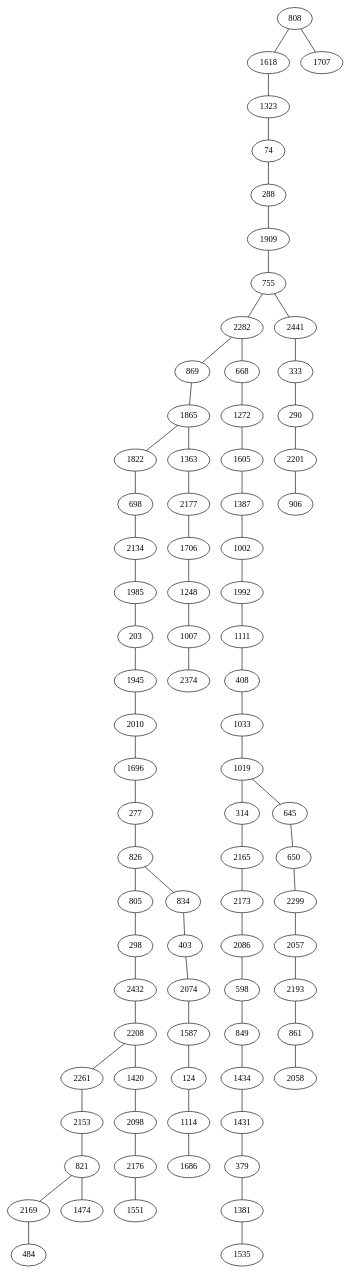
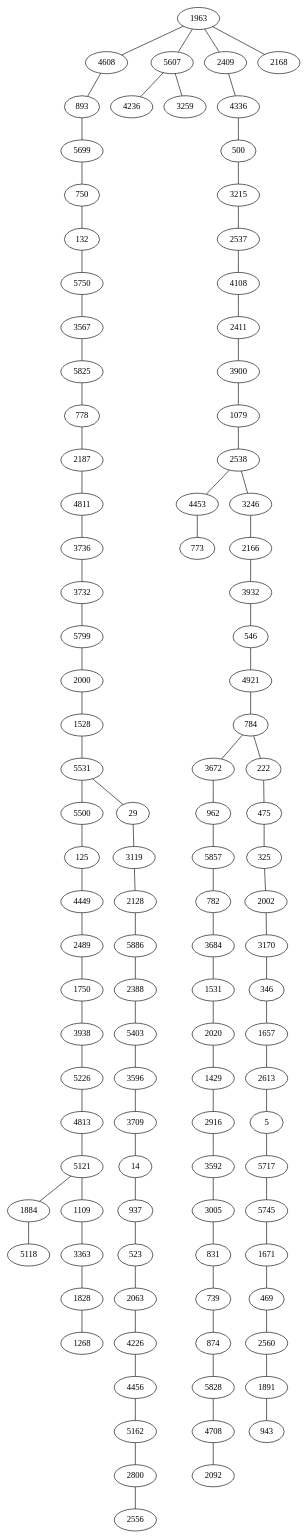
The diagram in ml_tree_extractor/tmp/Layer_1.dot (enggiqbal/mlgd), drawn with Graphviz before and after one commit. The commit also changed 19 other files, not shown here.

Commit message:
layer extracted for reduced topics graph

```diff
--- a/ml_tree_extractor/tmp/Layer_1.dot
+++ b/ml_tree_extractor/tmp/Layer_1.dot
@@ -1,82 +1,106 @@
 strict graph "" {
-	808 -- 1618;
-	808 -- 1707;
-	1618 -- 1323;
-	1323 -- 74;
-	74 -- 288;
-	288 -- 1909;
-	1909 -- 755;
-	755 -- 2282;
-	755 -- 2441;
-	2282 -- 869;
-	2282 -- 668;
-	869 -- 1865;
-	1865 -- 1822;
-	1865 -- 1363;
-	1822 -- 698;
-	698 -- 2134;
-	2134 -- 1985;
-	1985 -- 203;
-	203 -- 1945;
-	1945 -- 2010;
-	2010 -- 1696;
-	1696 -- 277;
-	277 -- 826;
-	826 -- 805;
-	826 -- 834;
-	805 -- 298;
-	298 -- 2432;
-	2432 -- 2208;
-	2208 -- 2261;
-	2208 -- 1420;
-	2261 -- 2153;
-	2153 -- 821;
-	821 -- 2169;
-	821 -- 1474;
-	668 -- 1272;
-	1272 -- 1605;
-	1605 -- 1387;
-	1387 -- 1002;
-	1002 -- 1992;
-	1992 -- 1111;
-	1111 -- 408;
-	408 -- 1033;
-	1033 -- 1019;
-	1019 -- 314;
-	1019 -- 645;
-	314 -- 2165;
-	2165 -- 2173;
-	2173 -- 2086;
-	2086 -- 598;
-	598 -- 849;
-	849 -- 1434;
-	1434 -- 1431;
-	1431 -- 379;
-	379 -- 1381;
-	1381 -- 1535;
-	834 -- 403;
-	403 -- 2074;
-	2074 -- 1587;
-	1587 -- 124;
-	124 -- 1114;
-	1114 -- 1686;
-	2169 -- 484;
-	1363 -- 2177;
-	2177 -- 1706;
-	1706 -- 1248;
-	1248 -- 1007;
-	1007 -- 2374;
-	1420 -- 2098;
-	2098 -- 2176;
-	2176 -- 1551;
-	645 -- 650;
-	650 -- 2299;
-	2299 -- 2057;
-	2057 -- 2193;
-	2193 -- 861;
-	861 -- 2058;
-	2441 -- 333;
-	333 -- 290;
-	290 -- 2201;
-	2201 -- 906;
+	1963 -- 4608;
+	1963 -- 5607;
+	1963 -- 2409;
+	1963 -- 2168;
+	4608 -- 893;
+	893 -- 5699;
+	5699 -- 750;
+	750 -- 132;
+	132 -- 5750;
+	5750 -- 3567;
+	3567 -- 5825;
+	5825 -- 778;
+	778 -- 2187;
+	2187 -- 4811;
+	4811 -- 3736;
+	3736 -- 3732;
+	3732 -- 5799;
+	5799 -- 2000;
+	2000 -- 1528;
+	1528 -- 5531;
+	5531 -- 5500;
+	5531 -- 29;
+	5500 -- 125;
+	125 -- 4449;
+	4449 -- 2489;
+	2489 -- 1750;
+	1750 -- 3938;
+	3938 -- 5226;
+	5226 -- 4813;
+	4813 -- 5121;
+	5121 -- 1884;
+	5121 -- 1109;
+	1884 -- 5118;
+	1109 -- 3363;
+	3363 -- 1828;
+	1828 -- 1268;
+	5607 -- 4236;
+	5607 -- 3259;
+	2409 -- 4336;
+	4336 -- 500;
+	500 -- 3215;
+	3215 -- 2537;
+	2537 -- 4108;
+	4108 -- 2411;
+	2411 -- 3900;
+	3900 -- 1079;
+	1079 -- 2538;
+	2538 -- 4453;
+	2538 -- 3246;
+	4453 -- 773;
+	3246 -- 2166;
+	2166 -- 3932;
+	3932 -- 546;
+	546 -- 4921;
+	4921 -- 784;
+	784 -- 3672;
+	784 -- 222;
+	3672 -- 962;
+	962 -- 5857;
+	5857 -- 782;
+	782 -- 3684;
+	3684 -- 1531;
+	1531 -- 2020;
+	2020 -- 1429;
+	1429 -- 2916;
+	2916 -- 3592;
+	3592 -- 3005;
+	3005 -- 831;
+	831 -- 739;
+	739 -- 874;
+	874 -- 5828;
+	5828 -- 4708;
+	4708 -- 2092;
+	222 -- 475;
+	475 -- 325;
+	325 -- 2002;
+	2002 -- 3170;
+	3170 -- 346;
+	346 -- 1657;
+	1657 -- 2613;
+	2613 -- 5;
+	5 -- 5717;
+	5717 -- 5745;
+	5745 -- 1671;
+	1671 -- 469;
+	469 -- 2560;
+	2560 -- 1891;
+	1891 -- 943;
+	29 -- 3119;
+	3119 -- 2128;
+	2128 -- 5886;
+	5886 -- 2388;
+	2388 -- 5403;
+	5403 -- 3596;
+	3596 -- 3709;
+	3709 -- 14;
+	14 -- 937;
+	937 -- 523;
+	523 -- 2063;
+	2063 -- 4226;
+	4226 -- 4456;
+	4456 -- 5162;
+	5162 -- 2800;
+	2800 -- 2556;
 }
```
